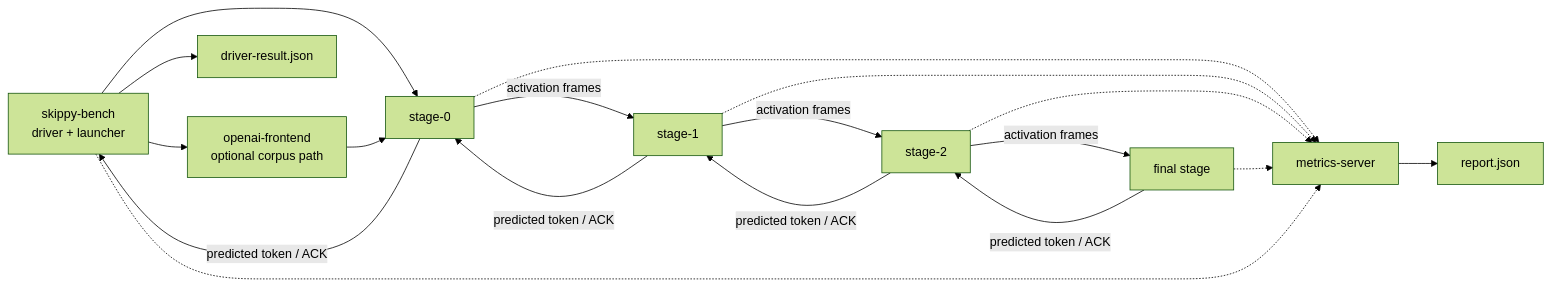
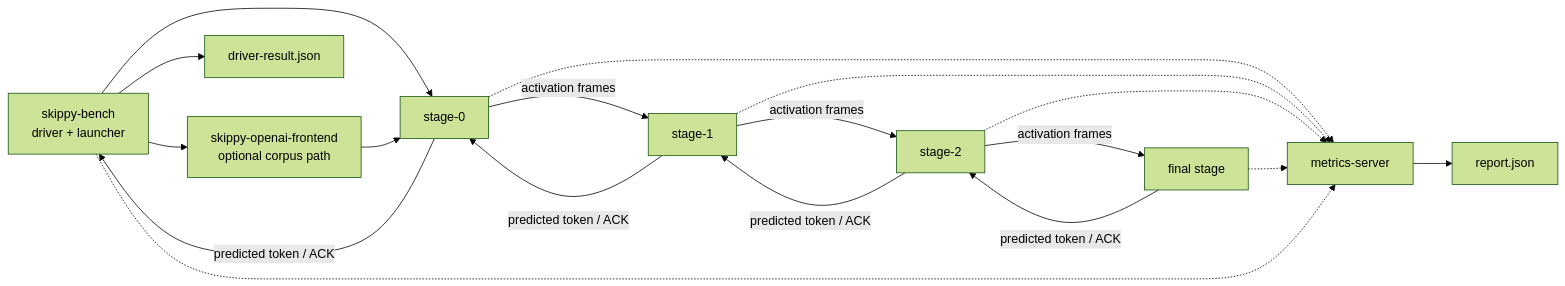
Before and after one commit to 76287298092/mesh-llm: the diagram in crates/skippy-bench/README.md, drawn with Mermaid (forest theme). The commit also changed other lines of this file and 654 other files, not shown here.

First line of the commit message:
refactor(skippy): rename serving, frontend and model crates to skippy-owned names

````diff
--- a/crates/skippy-bench/README.md
+++ b/crates/skippy-bench/README.md
@@ -17,21 +17,21 @@
 ```mermaid
 flowchart LR
-    B["skippy-bench<br/>driver + launcher"] --> O["openai-frontend<br/>optional corpus path"]
+    B["skippy-bench<br/>driver + launcher"] --> O["skippy-openai-frontend<br/>optional corpus path"]
     B --> S0["stage-0"]
     O --> S0
     S0 -->|activation frames| S1["stage-1"]
     S1 -->|activation frames| S2["stage-2"]
     S2 -->|activation frames| S3["final stage"]
     S3 -->|predicted token / ACK| S2
     S2 -->|predicted token / ACK| S1
     S1 -->|predicted token / ACK| S0
     S0 -->|predicted token / ACK| B
 
     S0 -.-> M["metrics-server"]
     S1 -.-> M
     S2 -.-> M
     S3 -.-> M
     B -.-> M
     M --> R["report.json"]
     B --> D["driver-result.json"]
 ```
````
